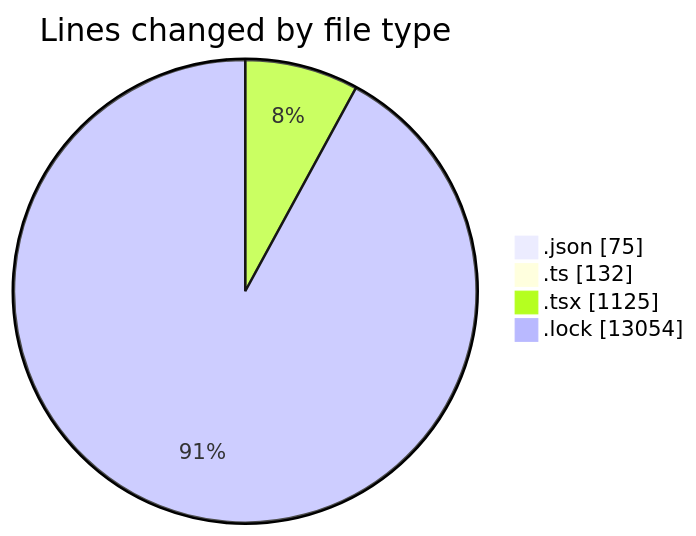
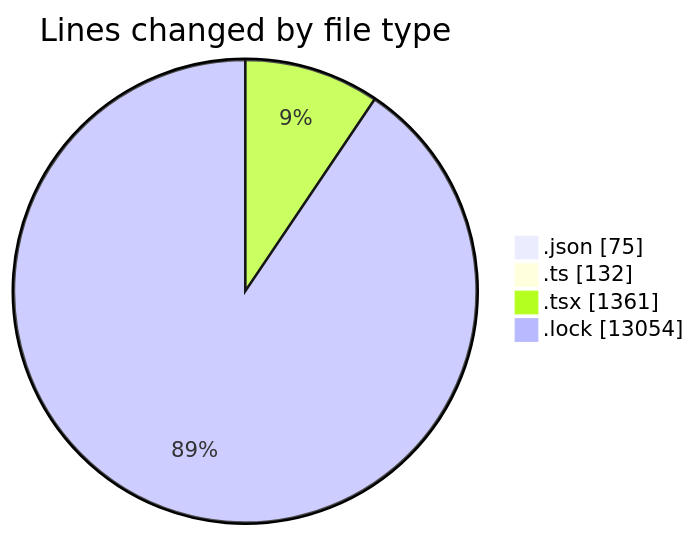
One commit to momahboobian/code-tracking changed the first of 2 diagrams in 2025-05-07/cda/README.md. Above: the diagram before and after it, drawn with Mermaid. The commit also changed other lines of this file and 1 other file, not shown here.

````diff
--- a/2025-05-07/cda/README.md
+++ b/2025-05-07/cda/README.md
@@ -35,8 +35,8 @@
 ```mermaid
 pie showData
 title Lines changed by file type
 ".json" : 75
 ".ts" : 132
-".tsx" : 1125
+".tsx" : 1361
 ".lock" : 13054
 ```
````
